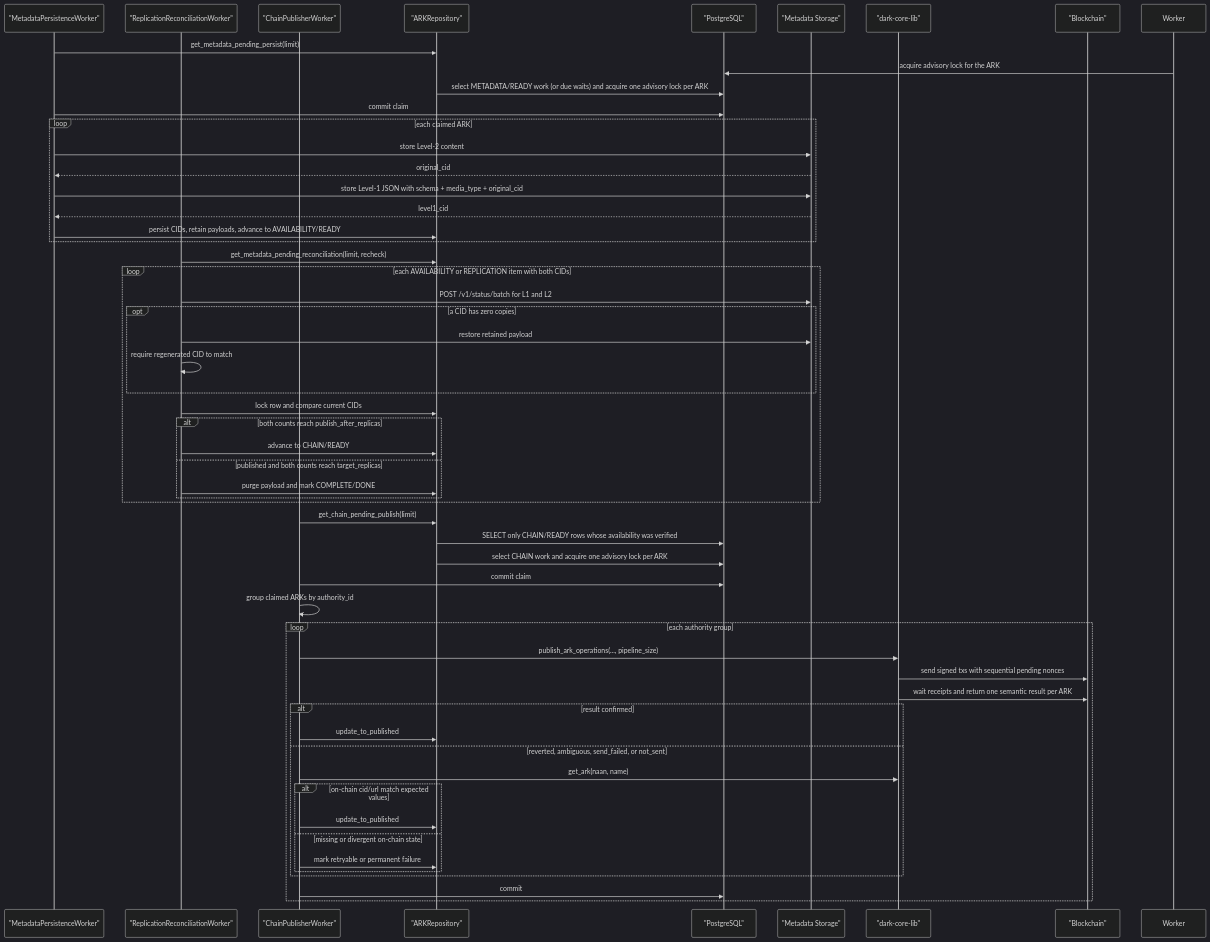
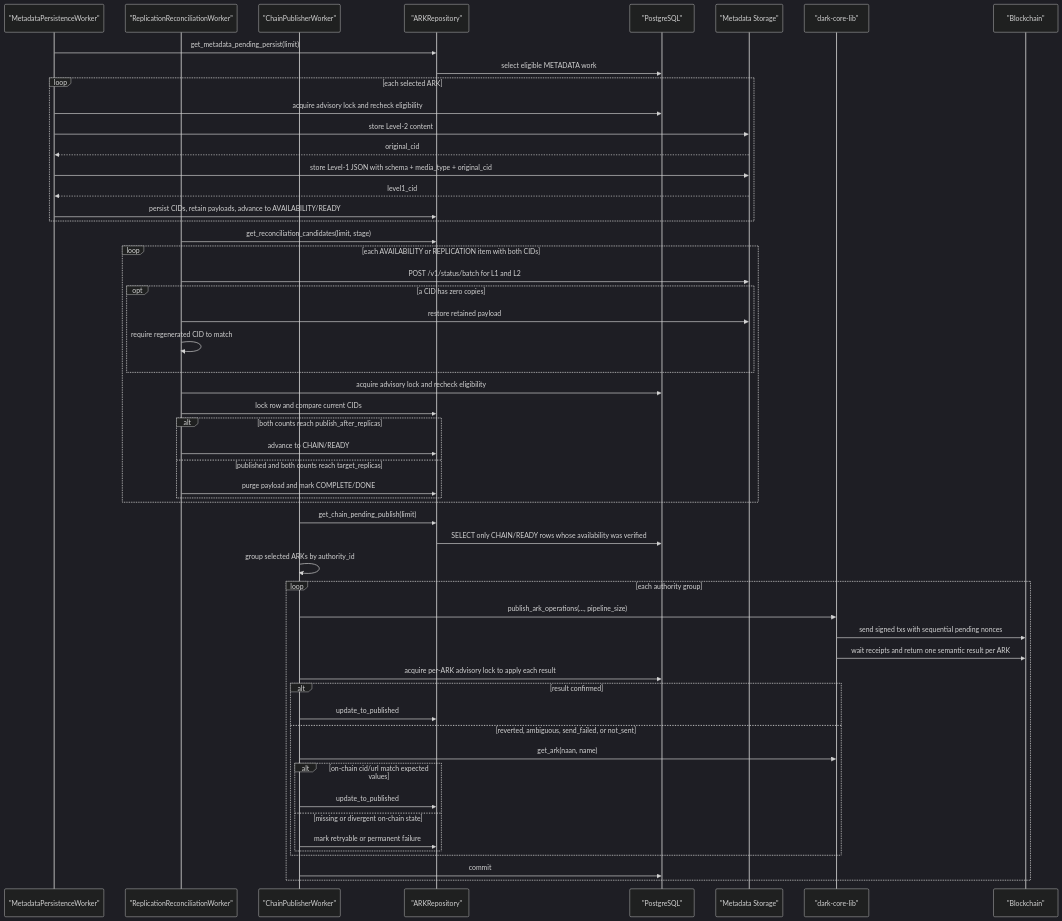
Before and after one commit to LA-Referencia-IOI/dark-core-minter-api: the sixth of 11 diagrams in README.md, drawn with Mermaid (dark theme). The commit also changed other lines of this file and 8 other files, not shown here.

````diff
--- a/README.md
+++ b/README.md
@@ -312,62 +325,60 @@
 ```mermaid
 sequenceDiagram
     participant MetadataWorker as "MetadataPersistenceWorker"
     participant ReplicationWorker as "ReplicationReconciliationWorker"
     participant ChainWorker as "ChainPublisherWorker"
     participant Repo as "ARKRepository"
     participant DB as "PostgreSQL"
     participant Store as "Metadata Storage"
     participant Core as "dark-core-lib"
     participant Chain as "Blockchain"
 
     MetadataWorker->>Repo: get_metadata_pending_persist(limit)
-    Worker->>DB: acquire advisory lock for the ARK
-    Repo->>DB: select METADATA/READY work (or due waits) and acquire one advisory lock per ARK
-    MetadataWorker->>DB: commit claim
+    Repo->>DB: select eligible METADATA work
 
-    loop each claimed ARK
+    loop each selected ARK
+        MetadataWorker->>DB: acquire advisory lock and recheck eligibility
         MetadataWorker->>Store: store Level-2 content
         Store-->>MetadataWorker: original_cid
         MetadataWorker->>Store: store Level-1 JSON with schema + media_type + original_cid
         Store-->>MetadataWorker: level1_cid
         MetadataWorker->>Repo: persist CIDs, retain payloads, advance to AVAILABILITY/READY
     end
 
-    ReplicationWorker->>Repo: get_metadata_pending_reconciliation(limit, recheck)
+    ReplicationWorker->>Repo: get_reconciliation_candidates(limit, stage)
     loop each AVAILABILITY or REPLICATION item with both CIDs
         ReplicationWorker->>Store: POST /v1/status/batch for L1 and L2
         opt a CID has zero copies
             ReplicationWorker->>Store: restore retained payload
             ReplicationWorker->>ReplicationWorker: require regenerated CID to match
         end
+        ReplicationWorker->>DB: acquire advisory lock and recheck eligibility
         ReplicationWorker->>Repo: lock row and compare current CIDs
         alt both counts reach publish_after_replicas
             ReplicationWorker->>Repo: advance to CHAIN/READY
         else published and both counts reach target_replicas
             ReplicationWorker->>Repo: purge payload and mark COMPLETE/DONE
         end
     end
 
     ChainWorker->>Repo: get_chain_pending_publish(limit)
     Repo->>DB: SELECT only CHAIN/READY rows whose availability was verified
-    Repo->>DB: select CHAIN work and acquire one advisory lock per ARK
-    ChainWorker->>DB: commit claim
-
-    ChainWorker->>ChainWorker: group claimed ARKs by authority_id
+    ChainWorker->>ChainWorker: group selected ARKs by authority_id
     loop each authority group
         ChainWorker->>Core: publish_ark_operations(..., pipeline_size)
         Core->>Chain: send signed txs with sequential pending nonces
         Core->>Chain: wait receipts and return one semantic result per ARK
+        ChainWorker->>DB: acquire per-ARK advisory lock to apply each result
         alt result confirmed
             ChainWorker->>Repo: update_to_published
         else reverted, ambiguous, send_failed, or not_sent
             ChainWorker->>Core: get_ark(naan, name)
             alt on-chain cid/url match expected values
                 ChainWorker->>Repo: update_to_published
             else missing or divergent on-chain state
                 ChainWorker->>Repo: mark retryable or permanent failure
             end
         end
         ChainWorker->>DB: commit
     end
 ```
````
